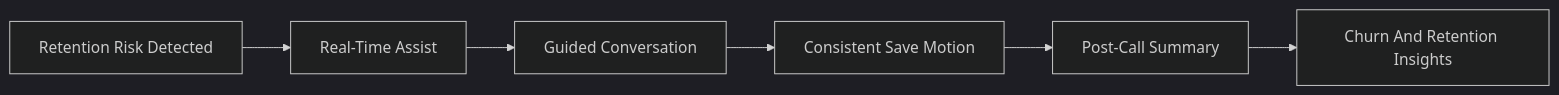
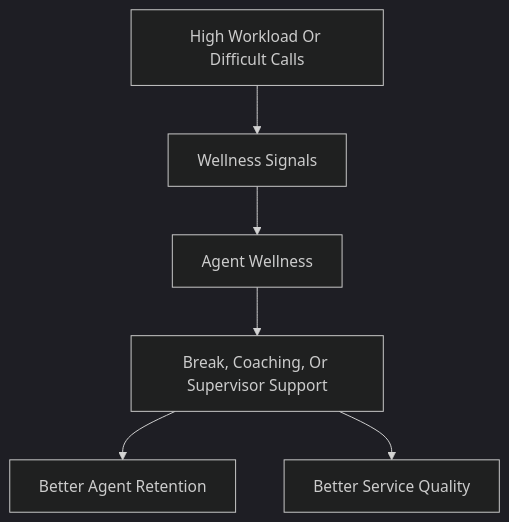
One commit to WebexSamples/webex-ai-agents changed the seventh of 10 diagrams in AI_CookBook/ai-assist-benefits3.md. Above: the diagram before and after it, drawn with Mermaid (dark theme). The commit also changed other lines of this file, not shown here.

````diff
--- a/AI_CookBook/ai-assist-benefits3.md
+++ b/AI_CookBook/ai-assist-benefits3.md
@@ -155,8 +173,8 @@
 ```mermaid
-flowchart LR
-    Risk[Retention Risk Detected] --> Assist[Real-Time Assist]
-    Assist --> Guide[Guided Conversation]
-    Guide --> Response[Consistent Save Motion]
-    Response --> Summary[Post-Call Summary]
-    Summary --> Insight[Churn And Retention Insights]
+flowchart TD
+    Workload[High Workload Or Difficult Calls] --> Signals[Wellness Signals]
+    Signals --> Wellness[Agent Wellness]
+    Wellness --> Support[Break, Coaching, Or Supervisor Support]
+    Support --> Retention[Better Agent Retention]
+    Support --> Quality[Better Service Quality]
 ```
````
